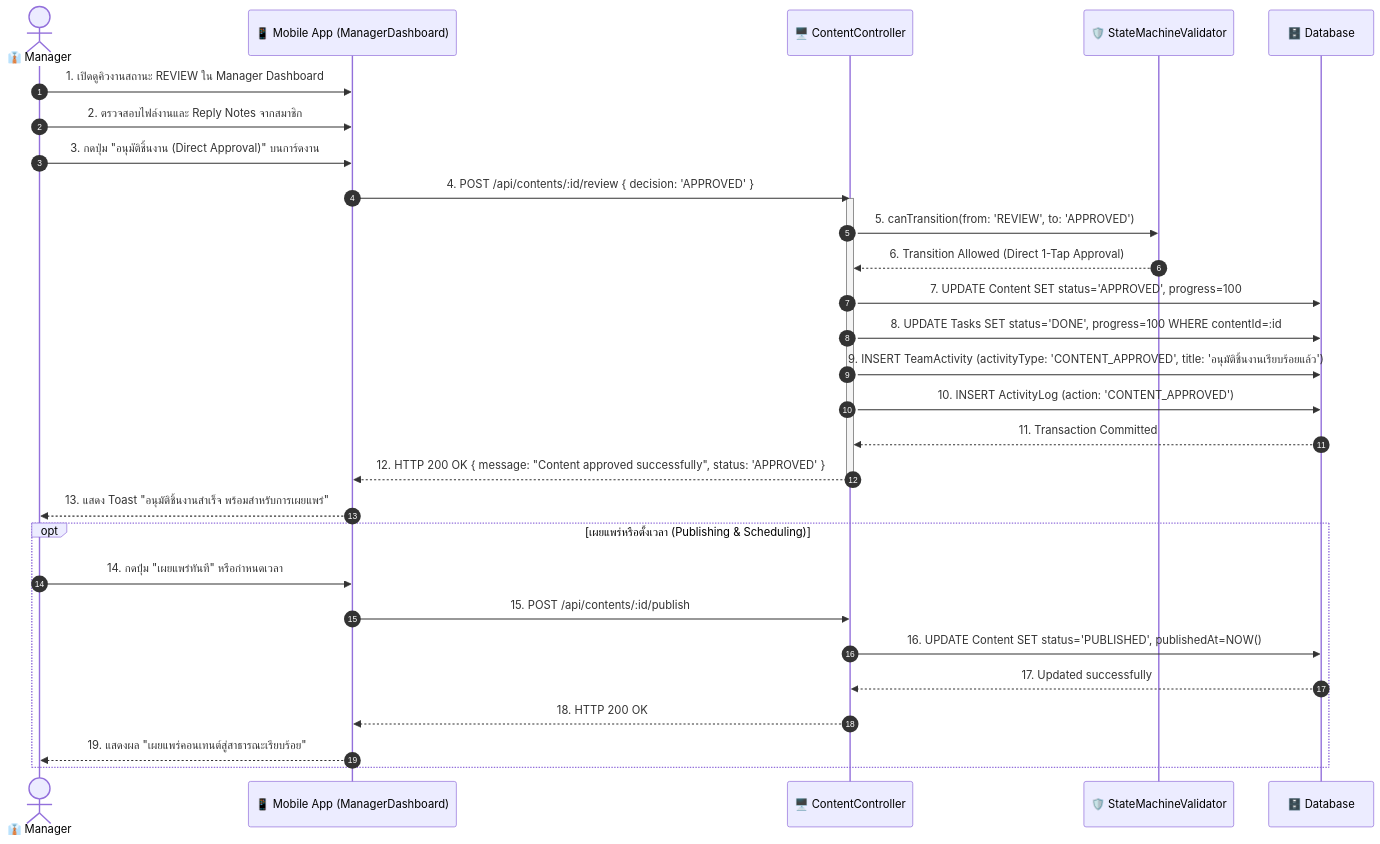
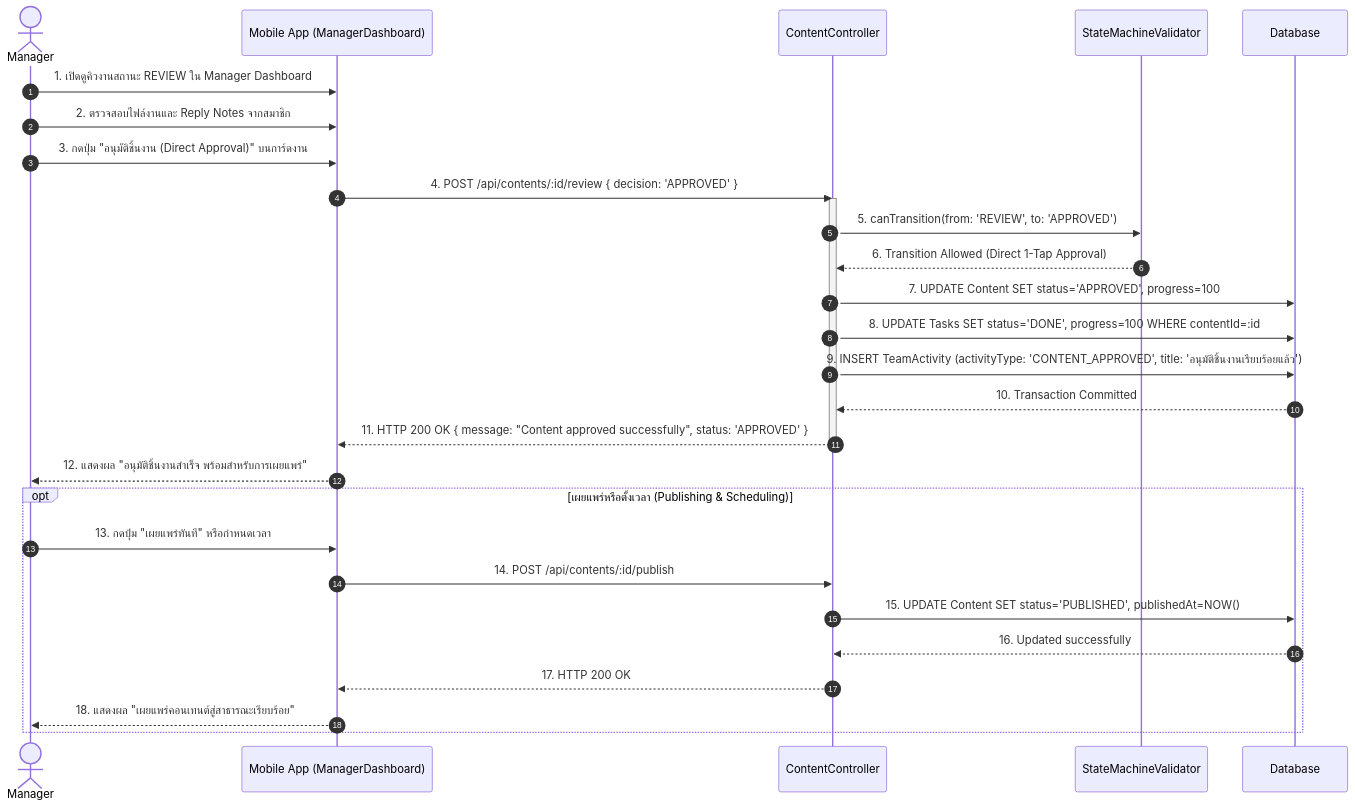
One commit to Starlight142/Content-Management-System changed the third of 4 diagrams in docs/academic/05-Sequence-Diagrams.md. Above: the diagram before and after it, drawn with Mermaid. The commit also changed other lines of this file and 16 other files, not shown here.

Commit message:
docs: generate academic uml diagrams suite (.drawio and .png) with 100% schema alignment

````diff
--- a/docs/academic/05-Sequence-Diagrams.md
+++ b/docs/academic/05-Sequence-Diagrams.md
@@ -103,34 +113,33 @@
 ```mermaid
 sequenceDiagram
     autonumber
-    actor Mgr as 👔 Manager
-    participant App as 📱 Mobile App (ManagerDashboard)
-    participant API as 🖥️ ContentController
-    participant Guard as 🛡️ StateMachineValidator
-    participant DB as 🗄️ Database
+    actor Mgr as Manager
+    participant App as Mobile App (ManagerDashboard)
+    participant API as ContentController
+    participant Guard as StateMachineValidator
+    participant DB as Database
 
     Mgr->>App: 1. เปิดดูคิวงานสถานะ REVIEW ใน Manager Dashboard
     Mgr->>App: 2. ตรวจสอบไฟล์งานและ Reply Notes จากสมาชิก
     Mgr->>App: 3. กดปุ่ม "อนุมัติชิ้นงาน (Direct Approval)" บนการ์ดงาน
     App->>API: 4. POST /api/contents/:id/review { decision: 'APPROVED' }
     activate API
     API->>Guard: 5. canTransition(from: 'REVIEW', to: 'APPROVED')
     Guard-->>API: 6. Transition Allowed (Direct 1-Tap Approval)
     API->>DB: 7. UPDATE Content SET status='APPROVED', progress=100
     API->>DB: 8. UPDATE Tasks SET status='DONE', progress=100 WHERE contentId=:id
     API->>DB: 9. INSERT TeamActivity (activityType: 'CONTENT_APPROVED', title: 'อนุมัติชิ้นงานเรียบร้อยแล้ว')
-    API->>DB: 10. INSERT ActivityLog (action: 'CONTENT_APPROVED')
-    DB-->>API: 11. Transaction Committed
-    API-->>App: 12. HTTP 200 OK { message: "Content approved successfully", status: 'APPROVED' }
+    DB-->>API: 10. Transaction Committed
+    API-->>App: 11. HTTP 200 OK { message: "Content approved successfully", status: 'APPROVED' }
     deactivate API
-    App-->>Mgr: 13. แสดง Toast "อนุมัติชิ้นงานสำเร็จ พร้อมสำหรับการเผยแพร่"
+    App-->>Mgr: 12. แสดงผล "อนุมัติชิ้นงานสำเร็จ พร้อมสำหรับการเผยแพร่"
     
     opt เผยแพร่หรือตั้งเวลา (Publishing & Scheduling)
-        Mgr->>App: 14. กดปุ่ม "เผยแพร่ทันที" หรือกำหนดเวลา
-        App->>API: 15. POST /api/contents/:id/publish
-        API->>DB: 16. UPDATE Content SET status='PUBLISHED', publishedAt=NOW()
-        DB-->>API: 17. Updated successfully
-        API-->>App: 18. HTTP 200 OK
-        App-->>Mgr: 19. แสดงผล "เผยแพร่คอนเทนต์สู่สาธารณะเรียบร้อย"
+        Mgr->>App: 13. กดปุ่ม "เผยแพร่ทันที" หรือกำหนดเวลา
+        App->>API: 14. POST /api/contents/:id/publish
+        API->>DB: 15. UPDATE Content SET status='PUBLISHED', publishedAt=NOW()
+        DB-->>API: 16. Updated successfully
+        API-->>App: 17. HTTP 200 OK
+        App-->>Mgr: 18. แสดงผล "เผยแพร่คอนเทนต์สู่สาธารณะเรียบร้อย"
     end
 ```
````
